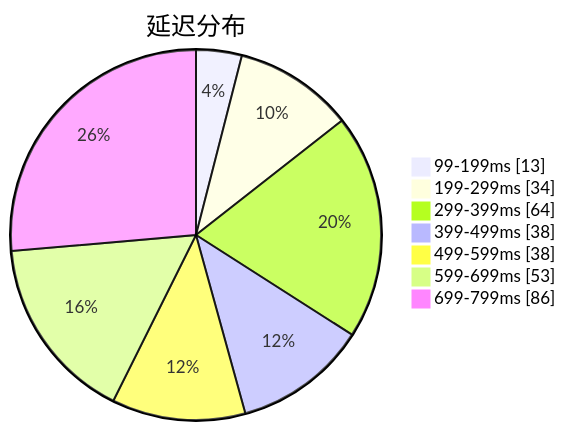
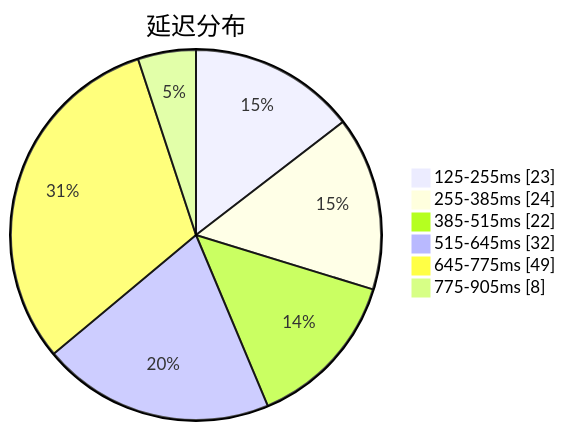
One commit to sinspired/airport changed the first of 3 diagrams in subs/statistics/tested_within.md. Above: the diagram before and after it, drawn with Mermaid. The commit also changed other lines of this file and 2 other files, not shown here.

````diff
--- a/subs/statistics/tested_within.md
+++ b/subs/statistics/tested_within.md
@@ -2,11 +2,10 @@
 ```mermaid
 pie showData
 title 延迟分布
-"99-199ms" : 13
-"199-299ms" : 34
-"299-399ms" : 64
-"399-499ms" : 38
-"499-599ms" : 38
-"599-699ms" : 53
-"699-799ms" : 86
+"125-255ms" : 23
+"255-385ms" : 24
+"385-515ms" : 22
+"515-645ms" : 32
+"645-775ms" : 49
+"775-905ms" : 8
 ```
````
